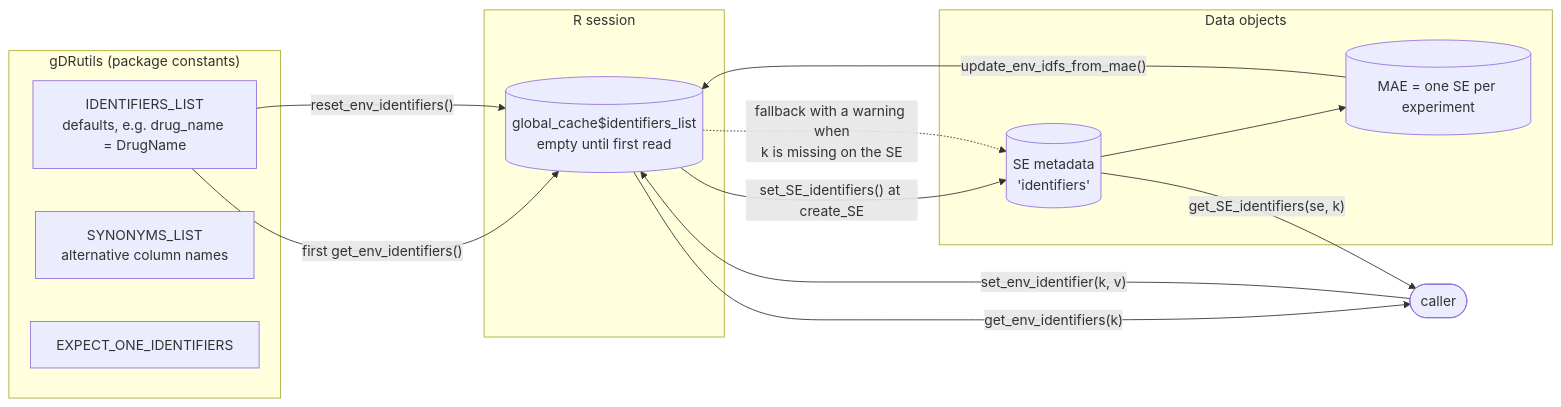
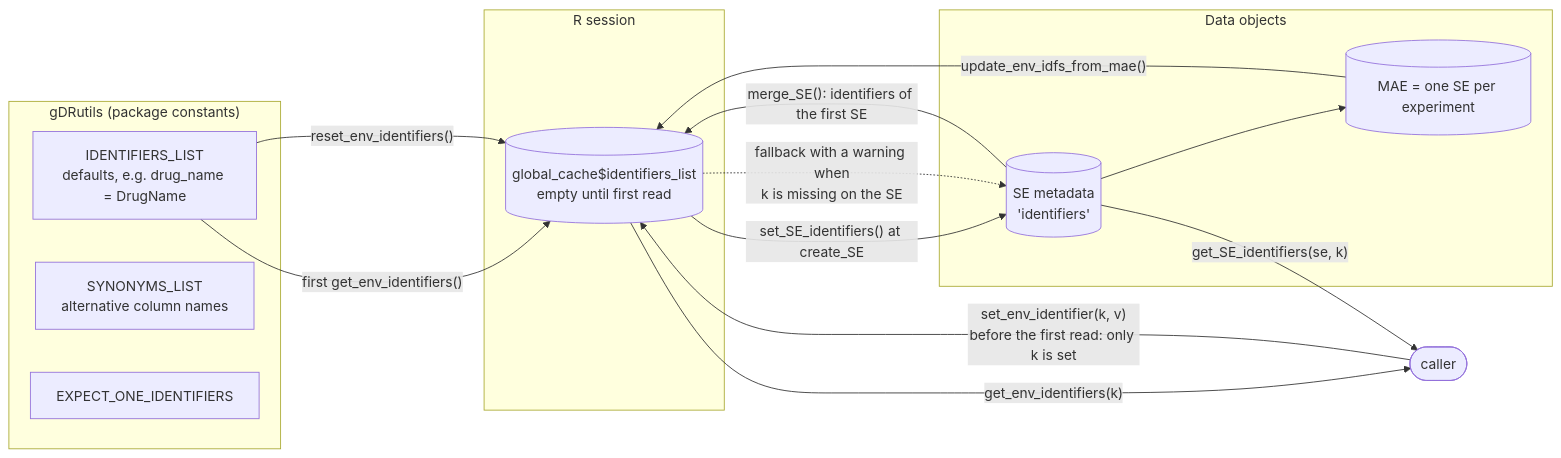
Before and after one commit to gdrplatform/gDRutils: the first of 2 diagrams in architecture/identifiers.md, drawn with Mermaid. The commit also changed other lines of this file, not shown here.

First line of the commit message:
docs: correct the identifier diagrams after review

````diff
--- a/architecture/identifiers.md
+++ b/architecture/identifiers.md
@@ -13,27 +14,28 @@
 ```mermaid
 flowchart LR
   subgraph pkg["gDRutils (package constants)"]
     IL["IDENTIFIERS_LIST<br/>defaults, e.g. drug_name = DrugName"]
     SYN["SYNONYMS_LIST<br/>alternative column names"]
     EO["EXPECT_ONE_IDENTIFIERS"]
   end
 
   subgraph session["R session"]
     GC[("global_cache$identifiers_list<br/>empty until first read")]
   end
 
   subgraph obj["Data objects"]
     SE[("SE metadata<br/>'identifiers'")]
     MAE[("MAE = one SE per experiment")]
   end
 
   IL -- "first get_env_identifiers()" --> GC
   IL -- "reset_env_identifiers()" --> GC
-  U(["caller"]) -- "set_env_identifier(k, v)" --> GC
+  U(["caller"]) -- "set_env_identifier(k, v)<br/>before the first read: only k is set" --> GC
   GC -- "get_env_identifiers(k)" --> U
   GC -- "set_SE_identifiers() at create_SE" --> SE
   SE --> MAE
   MAE -- "update_env_idfs_from_mae()" --> GC
+  SE -- "merge_SE(): identifiers of the first SE" --> GC
   SE -- "get_SE_identifiers(se, k)" --> U
   GC -. "fallback with a warning when<br/>k is missing on the SE" .-> SE
 ```
````
